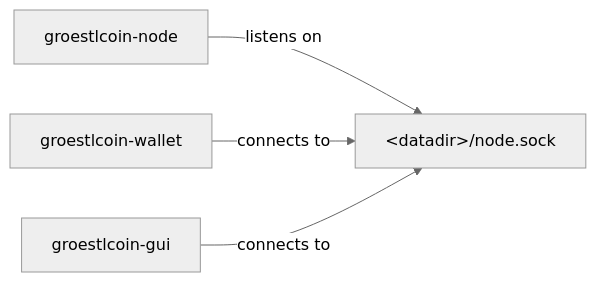
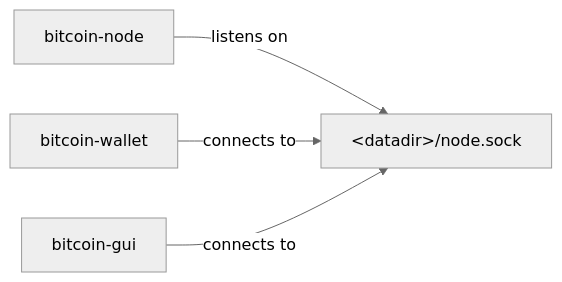
The first of 3 diagrams in doc/design/multiprocess.md (DM-enterprises/bitcoin), drawn with Mermaid (neutral theme) before and after one commit. The commit also changed other lines of this file and 1784 other files, not shown here.

````diff
--- a/doc/design/multiprocess.md
+++ b/doc/design/multiprocess.md
@@ -50,6 +50,6 @@
 ```mermaid
 flowchart LR
-    node[groestlcoin-node] -- listens on --> socket["&lt;datadir&gt;/node.sock"]
-    wallet[groestlcoin-wallet] -- connects to --> socket
-    gui[groestlcoin-gui] -- connects to --> socket
+    node[bitcoin-node] -- listens on --> socket["&lt;datadir&gt;/node.sock"]
+    wallet[bitcoin-wallet] -- connects to --> socket
+    gui[bitcoin-gui] -- connects to --> socket
 ```
````
